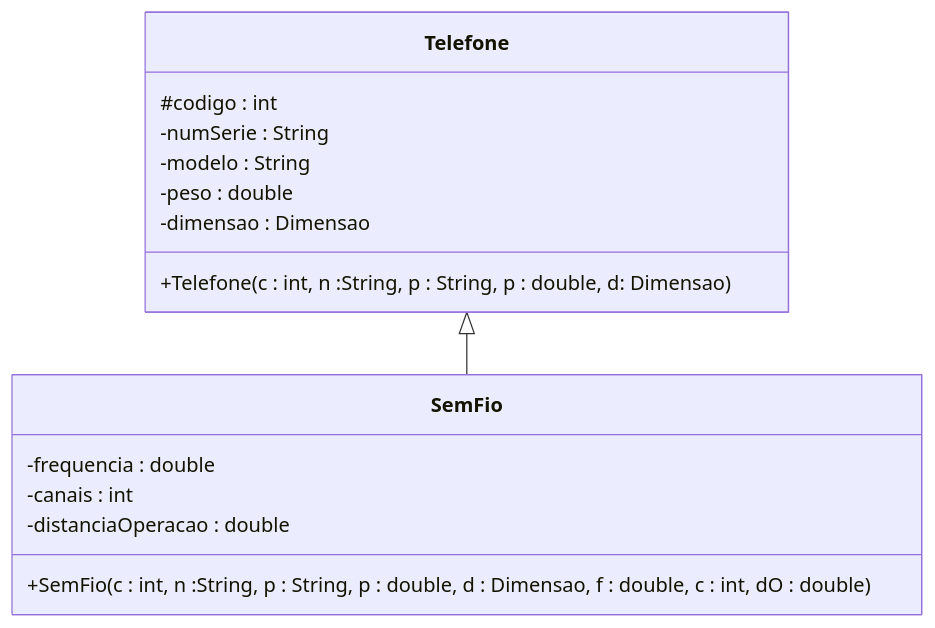
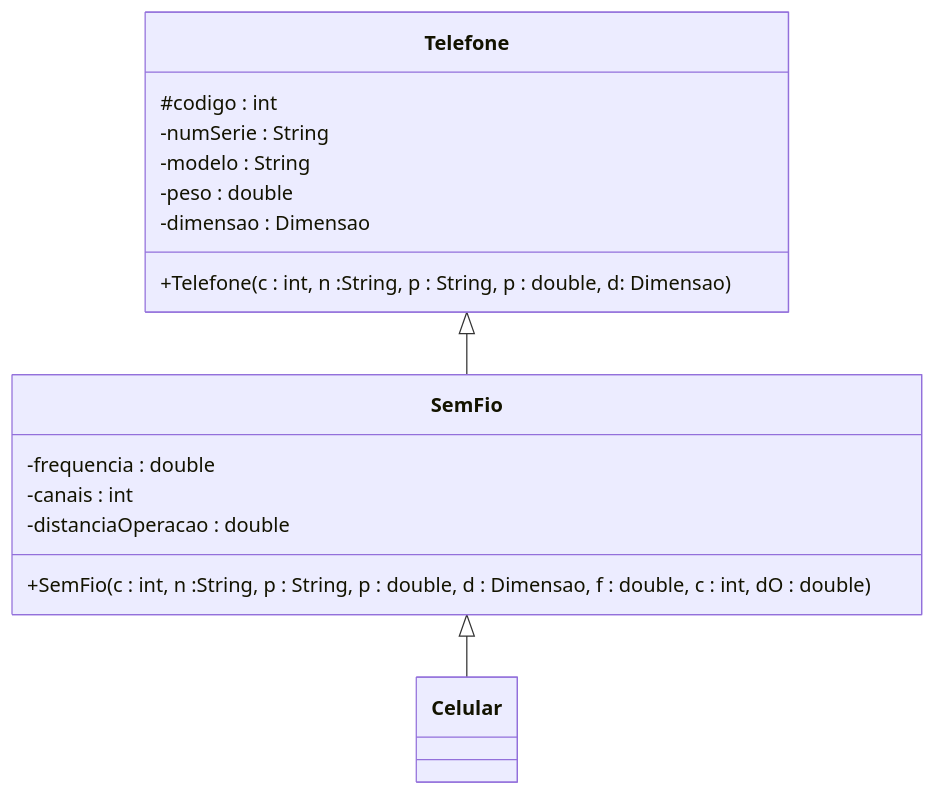
The diagram in aulas/2026-10-15/projeto01/README.md (LuisEAbreu/poo), drawn with Mermaid before and after one commit.

Commit message:
Adicionando protótipo da classe Celular na UML

````diff
--- a/aulas/2026-10-15/projeto01/README.md
+++ b/aulas/2026-10-15/projeto01/README.md
@@ -2,21 +2,24 @@
 ```mermaid
     classDiagram
         
     class Telefone {
         #codigo : int
         -numSerie : String
         -modelo : String
         -peso : double
         -dimensao : Dimensao
         +Telefone(c : int, n :String, p : String, p : double, d: Dimensao)
     }
 
     class SemFio {
         -frequencia : double
         -canais : int
         -distanciaOperacao : double
         +SemFio(c : int, n :String, p : String, p : double, d : Dimensao, f : double, c : int, dO : double)
     }
+    
+    class Celular
 
     Telefone <|-- SemFio
+    SemFio <|-- Celular 
 ```
````
